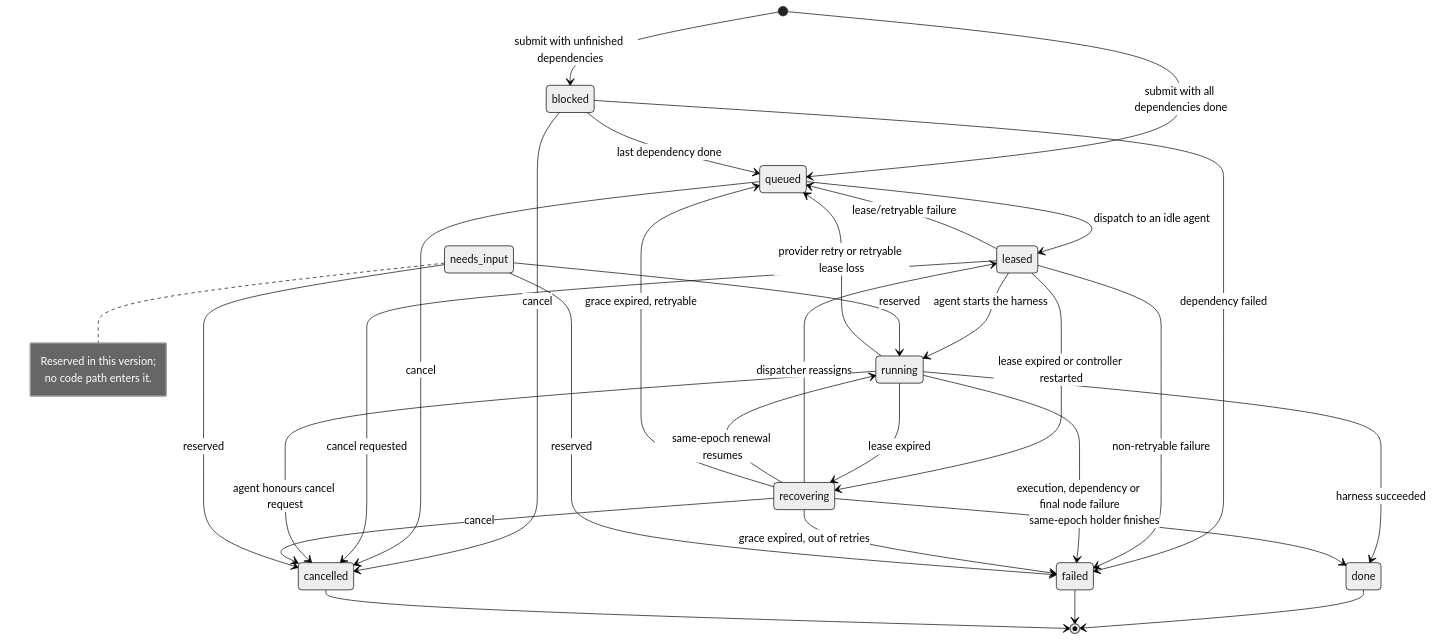
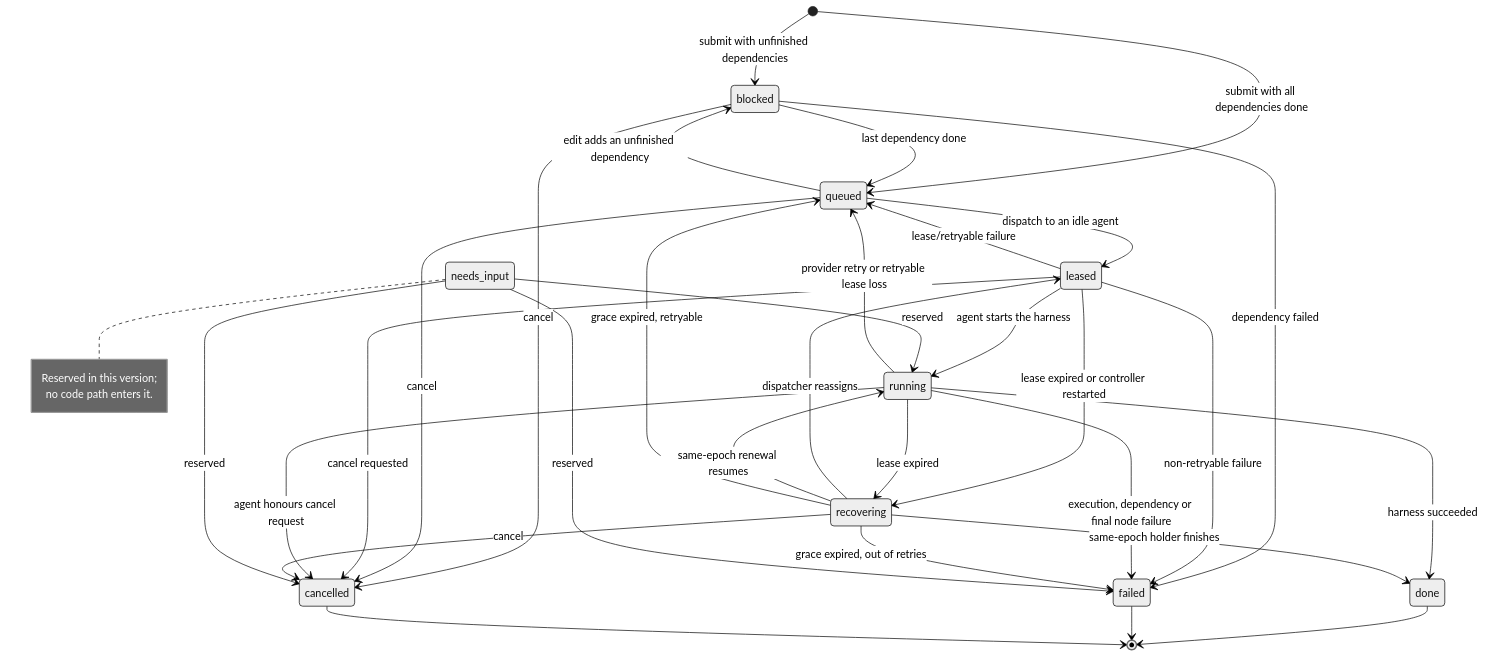
The diagram in docs/lifecycle.md (ddproxy/lu), drawn with Mermaid (neutral theme) before and after one commit. The commit also changed other lines of this file and 25 other files, not shown here.

````diff
--- a/docs/lifecycle.md
+++ b/docs/lifecycle.md
@@ -6,36 +6,37 @@
 ```mermaid
 stateDiagram-v2
     [*] --> blocked: submit with unfinished dependencies
     [*] --> queued: submit with all dependencies done
     blocked --> queued: last dependency done
     blocked --> failed: dependency failed
     blocked --> cancelled: cancel
     queued --> leased: dispatch to an idle agent
+    queued --> blocked: edit adds an unfinished dependency
     queued --> cancelled: cancel
     leased --> running: agent starts the harness
     leased --> queued: lease/retryable failure
     leased --> recovering: lease expired or controller restarted
     leased --> failed: non-retryable failure
     leased --> cancelled: cancel requested
     running --> done: harness succeeded
     running --> queued: provider retry or retryable lease loss
     running --> failed: execution, dependency or final node failure
     running --> recovering: lease expired
     running --> cancelled: agent honours cancel request
     recovering --> leased: dispatcher reassigns
     recovering --> running: same-epoch renewal resumes
     recovering --> done: same-epoch holder finishes
     recovering --> queued: grace expired, retryable
     recovering --> failed: grace expired, out of retries
     recovering --> cancelled: cancel
     needs_input --> running: reserved
     needs_input --> failed: reserved
     needs_input --> cancelled: reserved
     done --> [*]
     failed --> [*]
     cancelled --> [*]
     note right of needs_input
       Reserved in this version;
       no code path enters it.
     end note
 ```
````
